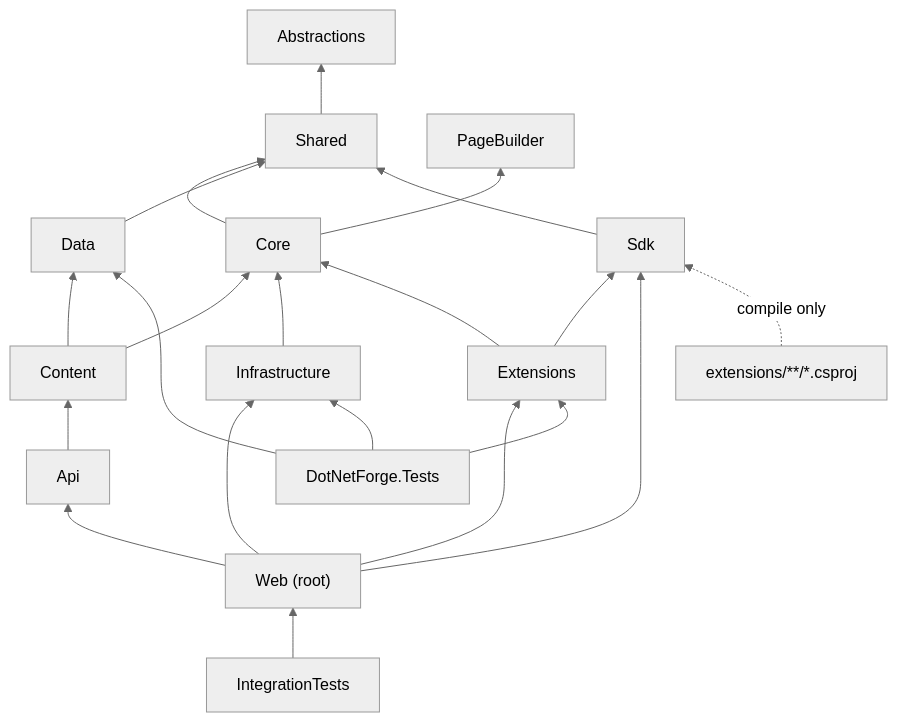
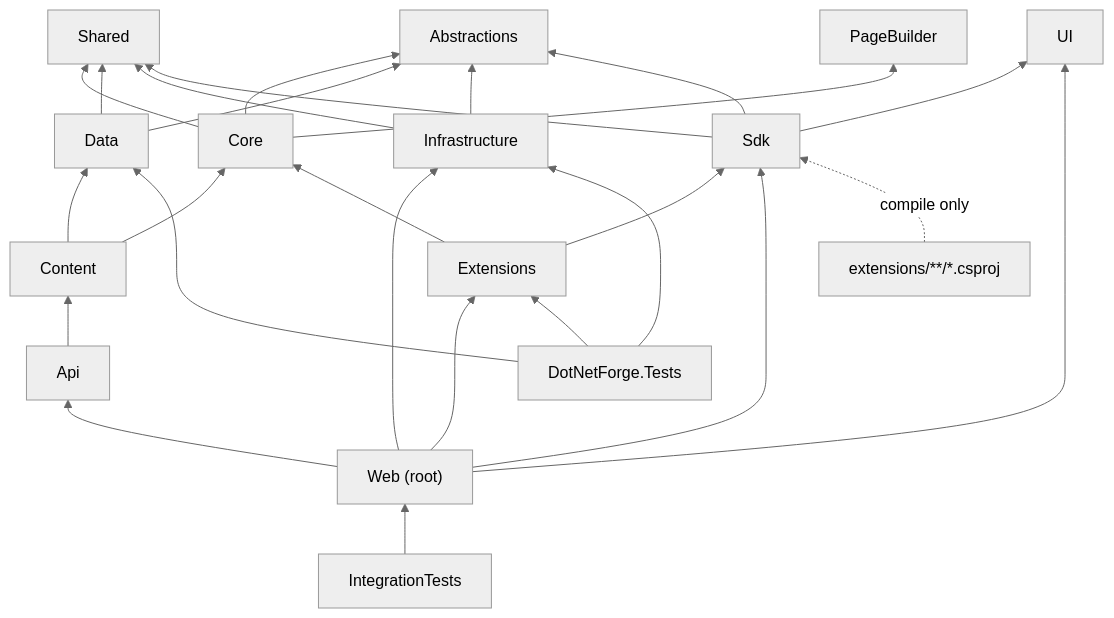
The diagram in .docs/architecture/dependencies.md (Albadit/DotNetForge), drawn with Mermaid (neutral theme) before and after one commit. The commit also changed other lines of this file and 412 other files, not shown here.

````diff
--- a/.docs/architecture/dependencies.md
+++ b/.docs/architecture/dependencies.md
@@ -25,19 +27,19 @@
 ```mermaid
 flowchart BT
     Abs[Abstractions]
-    Shared --> Abs
-    Core --> Shared
+    Core --> Shared & Abs
     Core --> PB[PageBuilder]
-    Data --> Shared
+    Data --> Shared & Abs
     Cnt[Content] --> Core
     Cnt --> Data
-    Infra[Infrastructure] --> Core
-    Sdk --> Shared
+    Infra[Infrastructure] --> Shared & Abs
+    Sdk --> Shared & Abs
+    Sdk --> UI[UI]
     Ext[Extensions] --> Core
     Ext --> Sdk
     Api --> Cnt
-    Web["Web (root)"] --> Api & Ext & Infra & Sdk
+    Web["Web (root)"] --> Api & Ext & Infra & Sdk & UI
     ExtProj["extensions/**/*.csproj"] -. compile only .-> Sdk
     Tests[DotNetForge.Tests] --> Infra & Ext & Data
     IT[IntegrationTests] --> Web
 ```
````
